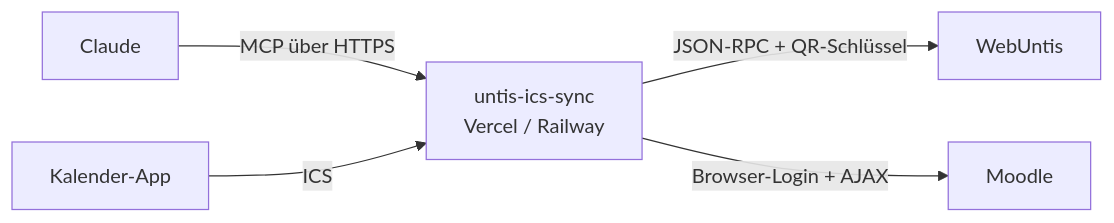
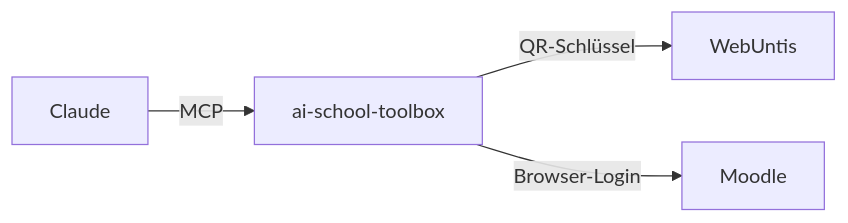
One commit to builtbybengt/ai-school-toolbox changed the diagram in README.md. Above: the diagram before and after it, drawn with Mermaid. The commit also changed other lines of this file and 2 other files, not shown here.

````diff
--- a/README.md
+++ b/README.md
@@ -30,7 +40,6 @@
 ```mermaid
 flowchart LR
-    C[Claude] -- MCP über HTTPS --> S[untis-ics-sync<br/>Vercel / Railway]
-    S -- JSON-RPC + QR-Schlüssel --> U[WebUntis]
-    S -- Browser-Login + AJAX --> M[Moodle]
-    K[Kalender-App] -- ICS --> S
+    C[Claude] -- MCP --> S[ai-school-toolbox]
+    S -- QR-Schlüssel --> U[WebUntis]
+    S -- Browser-Login --> M[Moodle]
 ```
````
